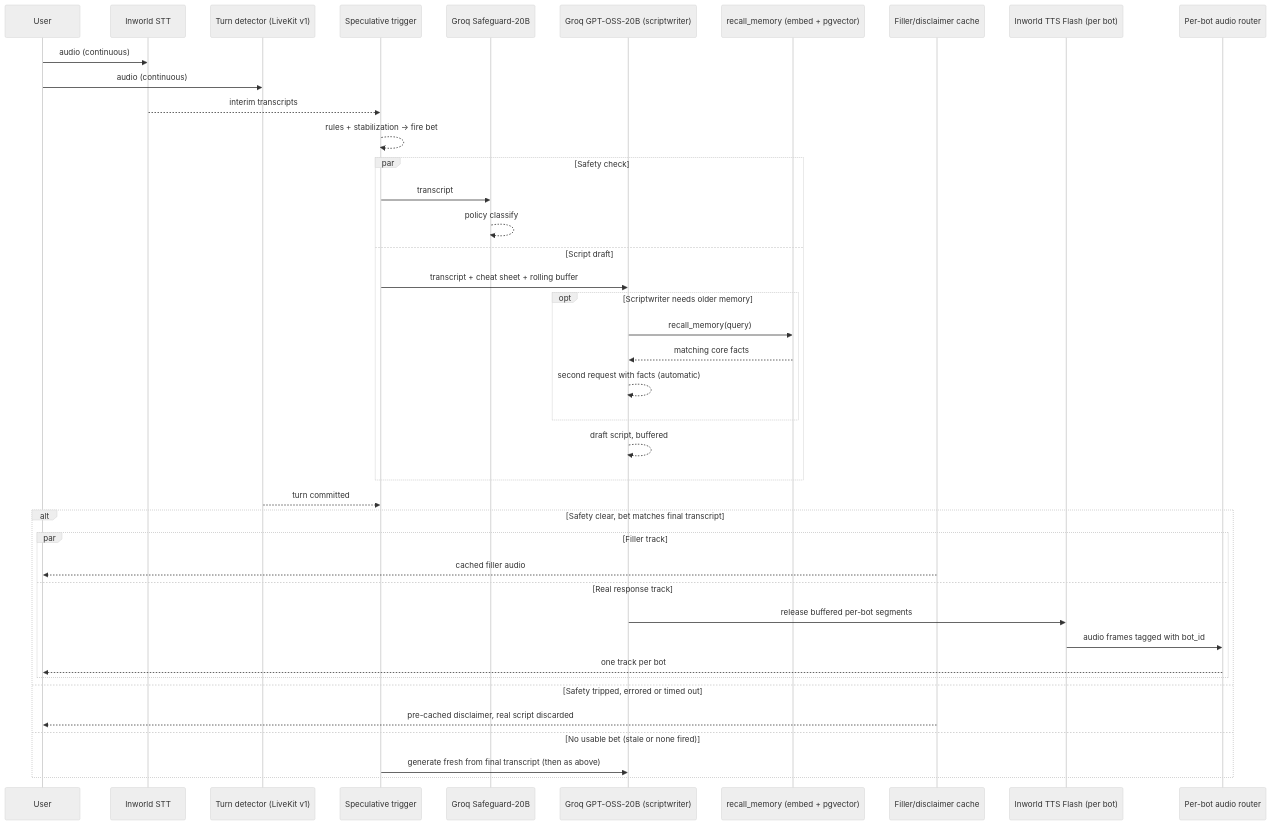
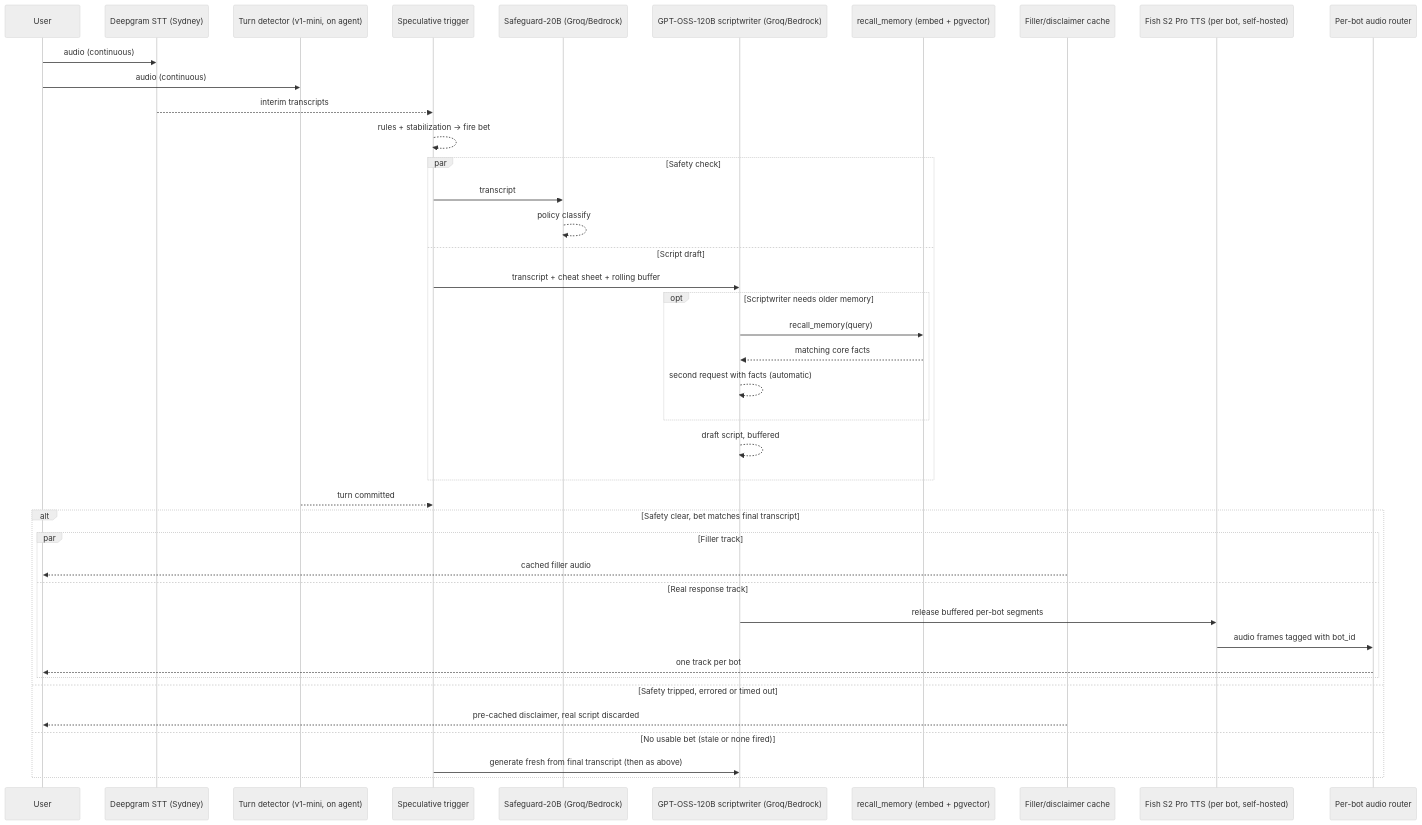
One commit to jaimearamburo/ai-companion-backend changed the diagram in ARCHITECTURE.md. Above: the diagram before and after it, drawn with Mermaid (neutral theme). The commit also changed other lines of this file and 14 other files, not shown here.

````diff
--- a/ARCHITECTURE.md
+++ b/ARCHITECTURE.md
@@ -121,44 +125,44 @@
 ```mermaid
 sequenceDiagram
     participant Usr as User
-    participant STT as Inworld STT
-    participant TD as Turn detector (LiveKit v1)
+    participant STT as Deepgram STT (Sydney)
+    participant TD as Turn detector (v1-mini, on agent)
     participant Bet as Speculative trigger
-    participant Safe as Groq Safeguard-20B
-    participant LLM as Groq GPT-OSS-20B (scriptwriter)
+    participant Safe as Safeguard-20B (Groq/Bedrock)
+    participant LLM as GPT-OSS-120B scriptwriter (Groq/Bedrock)
     participant Mem as recall_memory (embed + pgvector)
     participant Fill as Filler/disclaimer cache
-    participant TTS as Inworld TTS Flash (per bot)
+    participant TTS as Fish S2 Pro TTS (per bot, self-hosted)
     participant Out as Per-bot audio router
 
     Usr->>STT: audio (continuous)
     Usr->>TD: audio (continuous)
     STT-->>Bet: interim transcripts
     Bet-->>Bet: rules + stabilization → fire bet
     par Safety check
         Bet->>Safe: transcript
         Safe-->>Safe: policy classify
     and Script draft
         Bet->>LLM: transcript + cheat sheet + rolling buffer
         opt Scriptwriter needs older memory
             LLM->>Mem: recall_memory(query)
             Mem-->>LLM: matching core facts
             LLM-->>LLM: second request with facts (automatic)
         end
         LLM-->>LLM: draft script, buffered
     end
     TD-->>Bet: turn committed
     alt Safety clear, bet matches final transcript
         par Filler track
             Fill-->>Usr: cached filler audio
         and Real response track
             LLM->>TTS: release buffered per-bot segments
             TTS->>Out: audio frames tagged with bot_id
             Out-->>Usr: one track per bot
         end
     else Safety tripped, errored or timed out
         Fill-->>Usr: pre-cached disclaimer, real script discarded
     else No usable bet (stale or none fired)
         Bet->>LLM: generate fresh from final transcript (then as above)
     end
 ```
````
